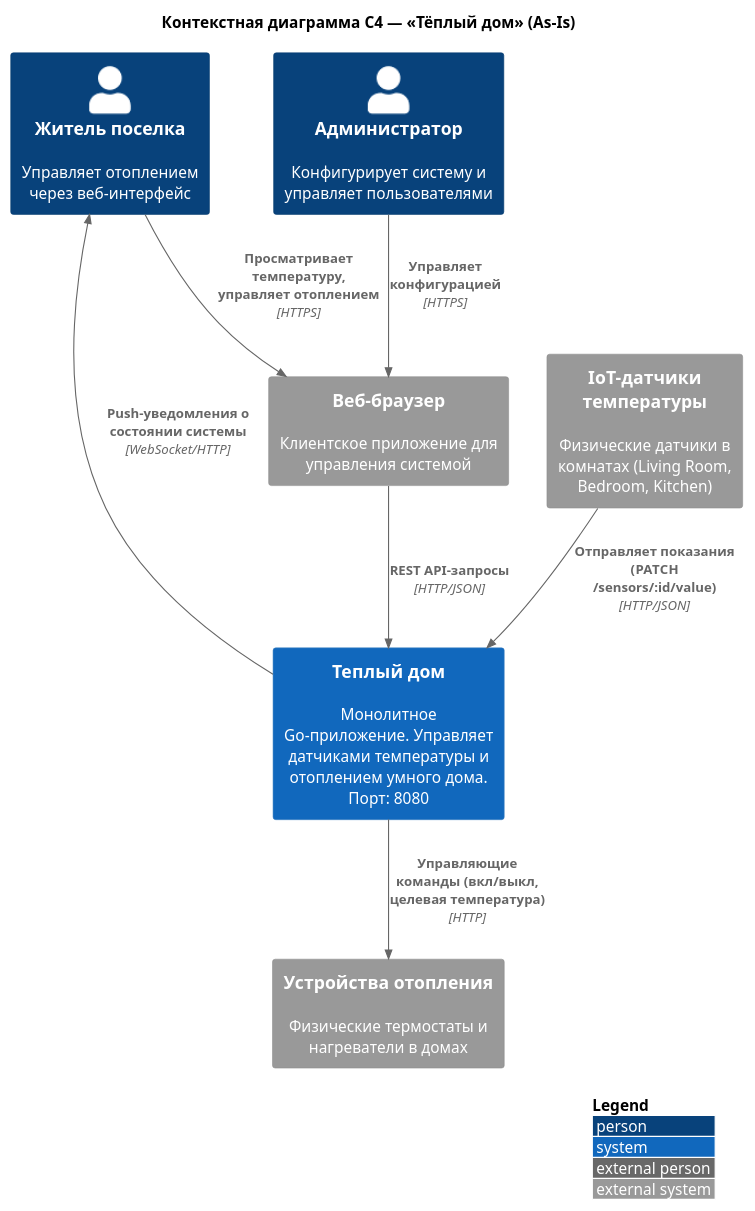
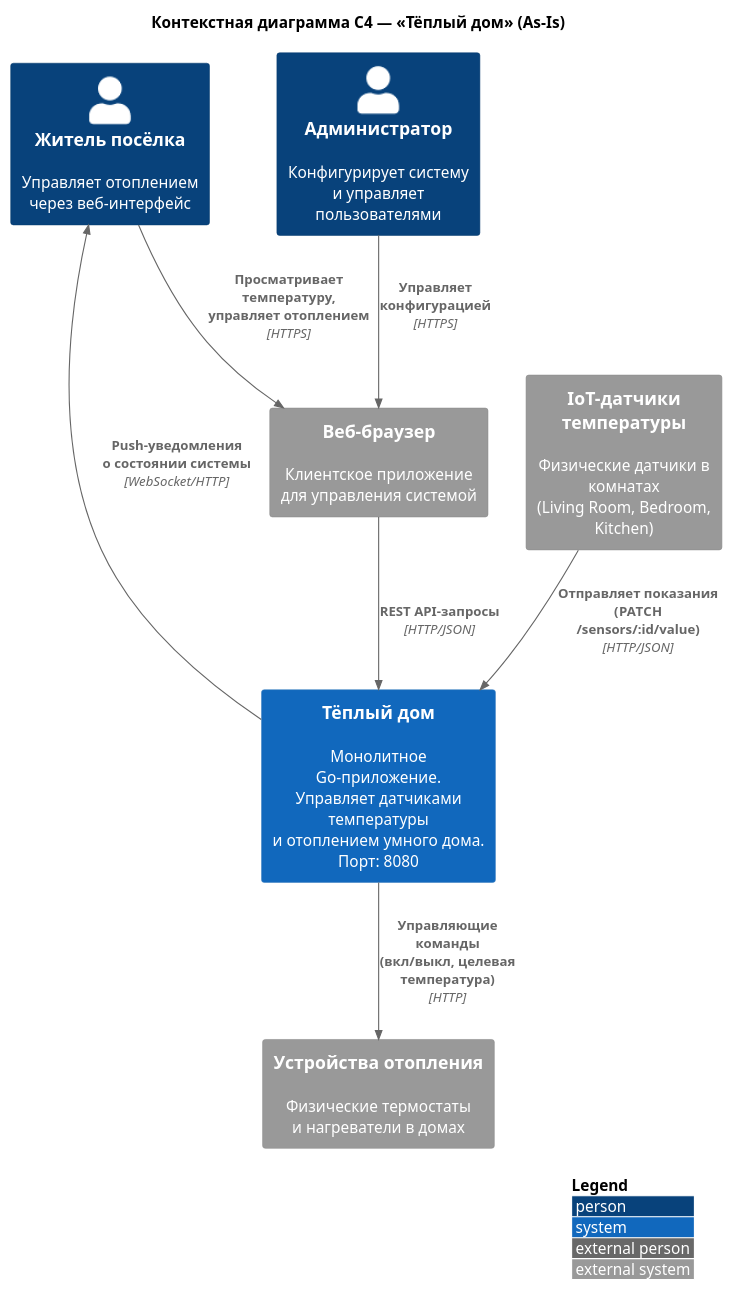
One commit to alexruek/architecture-pro-warmhouse changed the diagram in schemas/c4-context.puml. Above: the diagram before and after it, drawn with PlantUML.

```diff
--- a/schemas/c4-context.puml
+++ b/schemas/c4-context.puml
@@ -1,24 +1,23 @@
-@startuml C4_Context_WarmHome
+@startuml
 !include https://raw.githubusercontent.com/plantuml-stdlib/C4-PlantUML/master/C4_Context.puml
 
 LAYOUT_WITH_LEGEND()
 
 title Контекстная диаграмма C4 — «Тёплый дом» (As-Is)
 
-Person(resident, "Житель поселка", "Управляет отоплением через веб-интерфейс")
-Person(admin, "Администратор", "Конфигурирует систему и управляет пользователями")
+Person(resident, "Житель посёлка", "Управляет отоплением\nчерез веб-интерфейс")
+Person(admin, "Администратор", "Конфигурирует систему\nи управляет пользователями")
 
-System(smartHome, "Теплый дом", "Монолитное Go-приложение. Управляет датчиками температуры и отоплением умного дома. Порт: 8080")
+System(smartHome, "Тёплый дом", "Монолитное Go-приложение.\nУправляет датчиками температуры\nи отоплением умного дома.\nПорт: 8080")
 
-System_Ext(tempSensors, "IoT-датчики температуры", "Физические датчики в комнатах (Living Room, Bedroom, Kitchen)")
-System_Ext(heatingDevices, "Устройства отопления", "Физические термостаты и нагреватели в домах")
-System_Ext(webBrowser, "Веб-браузер", "Клиентское приложение для управления системой")
+System_Ext(tempSensors, "IoT-датчики температуры", "Физические датчики в комнатах\n(Living Room, Bedroom, Kitchen)")
+System_Ext(heatingDevices, "Устройства отопления", "Физические термостаты\nи нагреватели в домах")
+System_Ext(webBrowser, "Веб-браузер", "Клиентское приложение\nдля управления системой")
 
-Rel(resident, webBrowser, "Просматривает температуру, управляет отоплением", "HTTPS")
+Rel(resident, webBrowser, "Просматривает температуру,\nуправляет отоплением", "HTTPS")
 Rel(admin, webBrowser, "Управляет конфигурацией", "HTTPS")
 Rel(webBrowser, smartHome, "REST API-запросы", "HTTP/JSON")
-Rel(tempSensors, smartHome, "Отправляет показания (PATCH /sensors/:id/value)", "HTTP/JSON")
-Rel(smartHome, heatingDevices, "Управляющие команды (вкл/выкл, целевая температура)", "HTTP")
-Rel(smartHome, resident, "Push-уведомления о состоянии системы", "WebSocket/HTTP")
-
+Rel(tempSensors, smartHome, "Отправляет показания\n(PATCH /sensors/:id/value)", "HTTP/JSON")
+Rel(smartHome, heatingDevices, "Управляющие команды\n(вкл/выкл, целевая температура)", "HTTP")
+Rel(smartHome, resident, "Push-уведомления\no состоянии системы", "WebSocket/HTTP")
 @enduml
```
